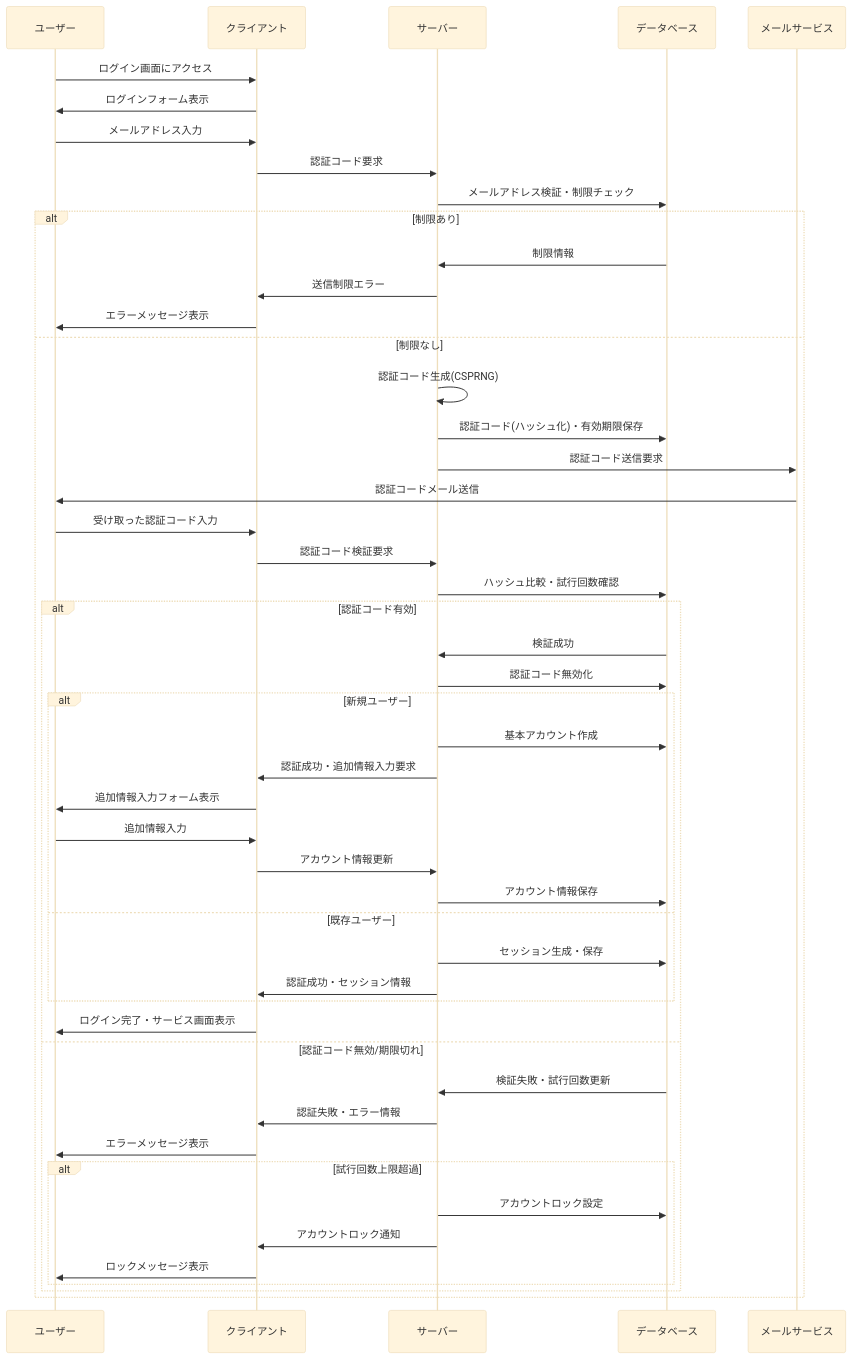
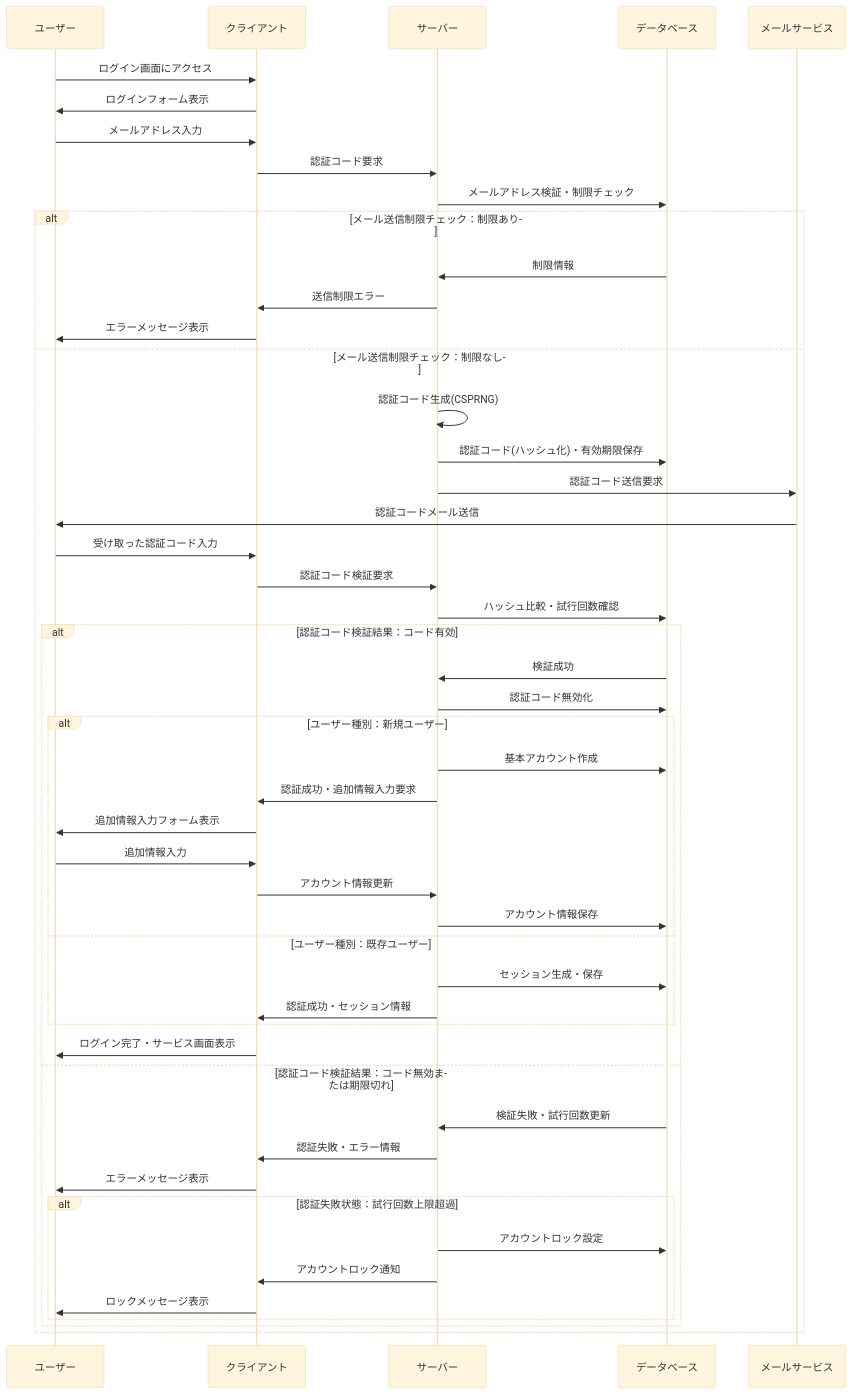
One commit to kfly8-sandbox/sample-hono-authjs changed the diagram in README.md. Above: the diagram before and after it, drawn with Mermaid (base theme).

````diff
--- a/README.md
+++ b/README.md
@@ -90,60 +90,60 @@
 ```mermaid
 sequenceDiagram
     participant User as ユーザー
     participant Client as クライアント
     participant Server as サーバー
     participant DB as データベース
     participant Email as メールサービス
     
     User->>Client: ログイン画面にアクセス
     Client->>User: ログインフォーム表示
     User->>Client: メールアドレス入力
     Client->>Server: 認証コード要求
     
     Server->>DB: メールアドレス検証・制限チェック
     
-    alt 制限あり
+    alt メール送信制限チェック：制限あり
         DB->>Server: 制限情報
         Server->>Client: 送信制限エラー
         Client->>User: エラーメッセージ表示
-    else 制限なし
+    else メール送信制限チェック：制限なし
         Server->>Server: 認証コード生成(CSPRNG)
         Server->>DB: 認証コード(ハッシュ化)・有効期限保存
         Server->>Email: 認証コード送信要求
         Email->>User: 認証コードメール送信
         
         User->>Client: 受け取った認証コード入力
         Client->>Server: 認証コード検証要求
         Server->>DB: ハッシュ比較・試行回数確認
         
-        alt 認証コード有効
+        alt 認証コード検証結果：コード有効
             DB->>Server: 検証成功
             Server->>DB: 認証コード無効化
             
-            alt 新規ユーザー
+            alt ユーザー種別：新規ユーザー
                 Server->>DB: 基本アカウント作成
                 Server->>Client: 認証成功・追加情報入力要求
                 Client->>User: 追加情報入力フォーム表示
                 User->>Client: 追加情報入力
                 Client->>Server: アカウント情報更新
                 Server->>DB: アカウント情報保存
-            else 既存ユーザー
+            else ユーザー種別：既存ユーザー
                 Server->>DB: セッション生成・保存
                 Server->>Client: 認証成功・セッション情報
             end
             
             Client->>User: ログイン完了・サービス画面表示
             
-        else 認証コード無効/期限切れ
+        else 認証コード検証結果：コード無効または期限切れ
             DB->>Server: 検証失敗・試行回数更新
             Server->>Client: 認証失敗・エラー情報
             Client->>User: エラーメッセージ表示
             
-            alt 試行回数上限超過
+            alt 認証失敗状態：試行回数上限超過
                 Server->>DB: アカウントロック設定
                 Server->>Client: アカウントロック通知
                 Client->>User: ロックメッセージ表示
             end
         end
     end
 ```
````
